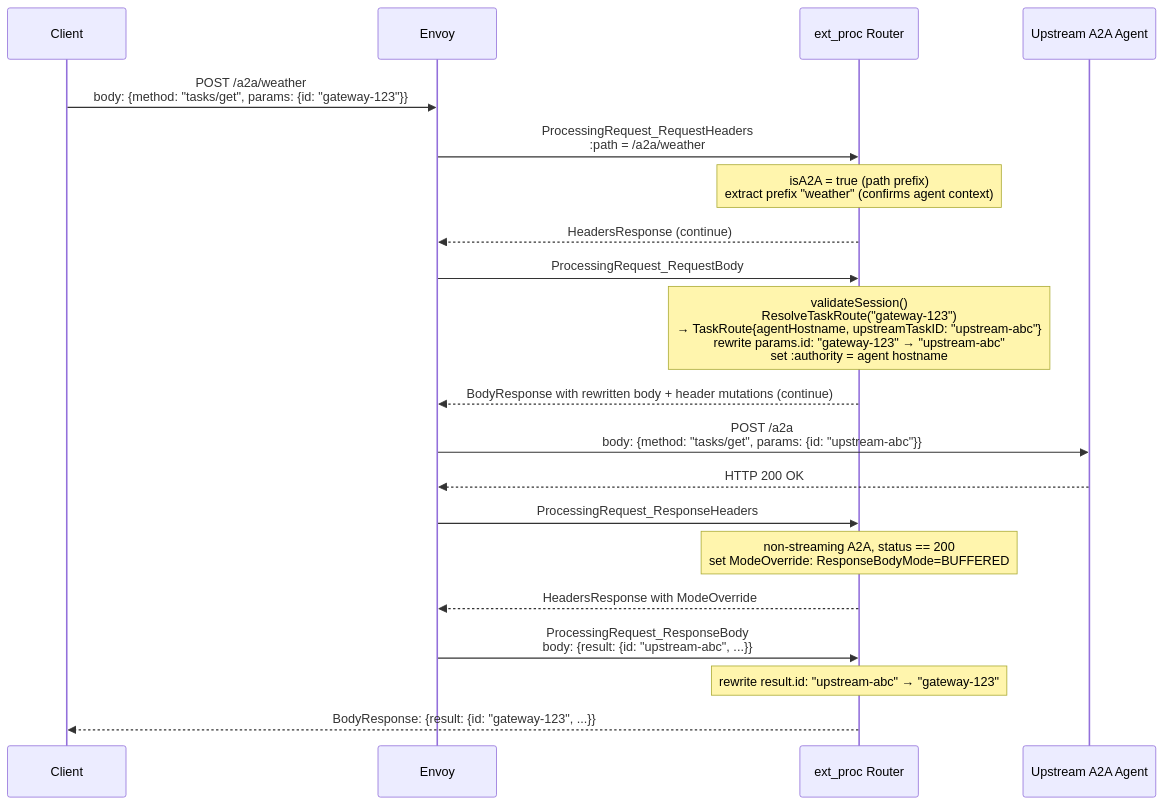
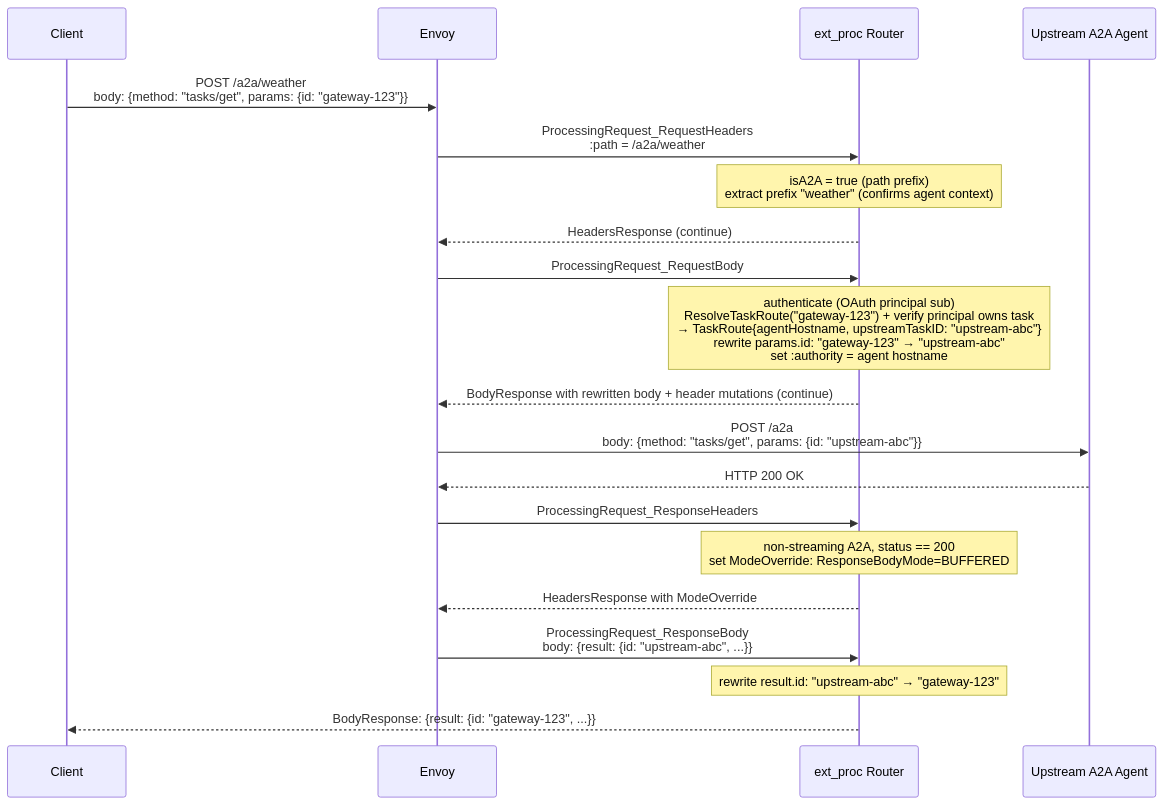
One commit to Aman-Cool/mcp-gateway changed the fourth of 5 diagrams in docs/design/a2a/a2a-design.md. Above: the diagram before and after it, drawn with Mermaid. The commit also changed other lines of this file and 2 other files, not shown here.

````diff
--- a/docs/design/a2a/a2a-design.md
+++ b/docs/design/a2a/a2a-design.md
@@ -208,23 +222,23 @@
 ```mermaid
 sequenceDiagram
     participant Client
     participant Envoy
     participant Router as ext_proc Router
     participant Upstream as Upstream A2A Agent
 
     Client->>Envoy: POST /a2a/weather<br/>body: {method: "tasks/get", params: {id: "gateway-123"}}
     Envoy->>Router: ProcessingRequest_RequestHeaders<br/>:path = /a2a/weather
     Note over Router: isA2A = true (path prefix)<br/>extract prefix "weather" (confirms agent context)
     Router-->>Envoy: HeadersResponse (continue)
     Envoy->>Router: ProcessingRequest_RequestBody
-    Note over Router: validateSession()<br/>ResolveTaskRoute("gateway-123")<br/>→ TaskRoute{agentHostname, upstreamTaskID: "upstream-abc"}<br/>rewrite params.id: "gateway-123" → "upstream-abc"<br/>set :authority = agent hostname
+    Note over Router: authenticate (OAuth principal sub)<br/>ResolveTaskRoute("gateway-123") + verify principal owns task<br/>→ TaskRoute{agentHostname, upstreamTaskID: "upstream-abc"}<br/>rewrite params.id: "gateway-123" → "upstream-abc"<br/>set :authority = agent hostname
     Router-->>Envoy: BodyResponse with rewritten body + header mutations (continue)
     Envoy->>Upstream: POST /a2a<br/>body: {method: "tasks/get", params: {id: "upstream-abc"}}
     Upstream-->>Envoy: HTTP 200 OK
     Envoy->>Router: ProcessingRequest_ResponseHeaders
     Note over Router: non-streaming A2A, status == 200<br/>set ModeOverride: ResponseBodyMode=BUFFERED
     Router-->>Envoy: HeadersResponse with ModeOverride
     Envoy->>Router: ProcessingRequest_ResponseBody<br/>body: {result: {id: "upstream-abc", ...}}
     Note over Router: rewrite result.id: "upstream-abc" → "gateway-123"
     Router-->>Client: BodyResponse: {result: {id: "gateway-123", ...}}
 ```
````
